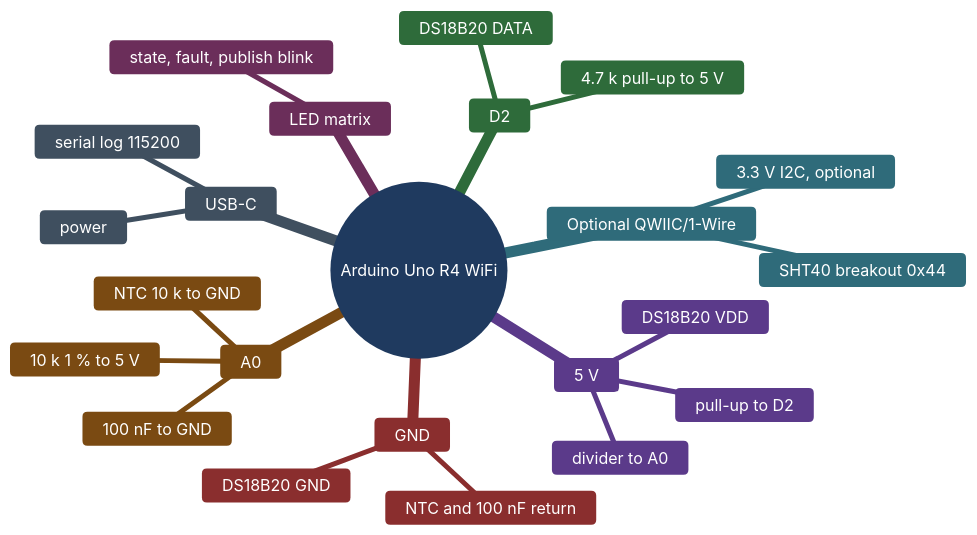
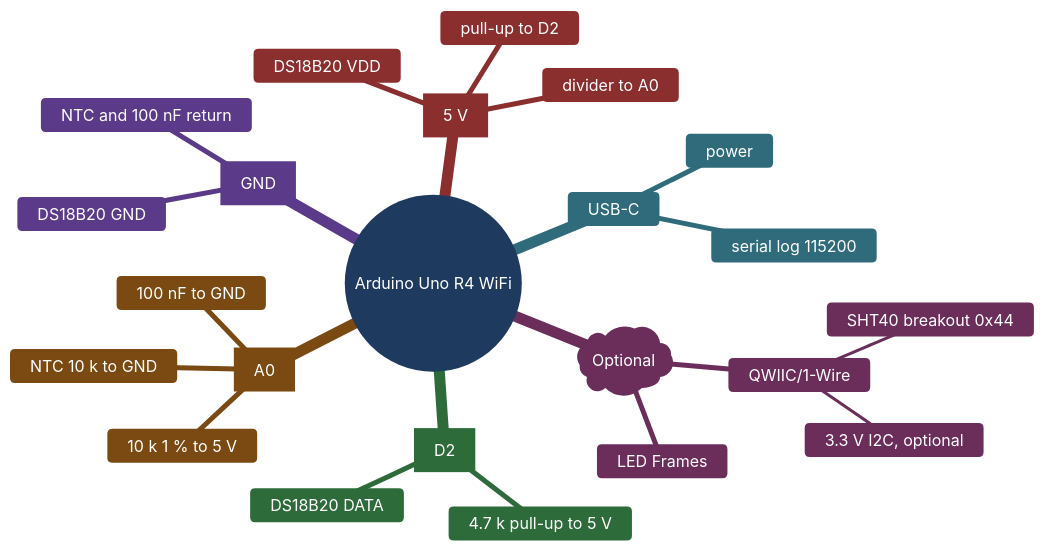
Before and after one commit to rt-rtos/IoT25S-Projekt1-G1: the diagram in README.md, drawn with Mermaid.

Commit message:
Update README.md
improved arduino diagram

````diff
--- a/README.md
+++ b/README.md
@@ -70,58 +70,64 @@
 ```mermaid
+---
+config:
+  layout: tidy-tree
+---
+
 %%{init: {'theme': 'base', 'themeVariables': {
   'primaryColor': '#1f3a5f',
   'primaryTextColor': '#ffffff',
   'primaryBorderColor': '#1f3a5f',
   'lineColor': '#7a8699',
   'git0': '#1f3a5f',
   'gitBranchLabel0': '#ffffff',
   'cScale0': '#1f4e79',
   'cScaleLabel0': '#ffffff',
   'cScale1': '#2e6b3a',
   'cScaleLabel1': '#ffffff',
   'cScale2': '#7a4a12',
   'cScaleLabel2': '#ffffff',
   'cScale3': '#5b3a8a',
   'cScaleLabel3': '#ffffff',
   'cScale4': '#8a2e2e',
   'cScaleLabel4': '#ffffff',
   'cScale5': '#2f6b7a',
   'cScaleLabel5': '#ffffff',
   'cScale6': '#6b2e5a',
   'cScaleLabel6': '#ffffff',
   'cScale7': '#3f4f5f',
   'cScaleLabel7': '#ffffff',
   'cScale8': '#4a5d23',
   'cScaleLabel8': '#ffffff',
   'cScale9': '#6b4a2e',
   'cScaleLabel9': '#ffffff',
   'cScale10': '#2e4a6b',
   'cScaleLabel10': '#ffffff',
   'cScale11': '#5f2e3f',
   'cScaleLabel11': '#ffffff'
 }}}%%
+
 mindmap
   root((Arduino Uno R4 WiFi))
-    D2
+    [D2]
       DS18B20 DATA
       4.7 k pull-up to 5 V
-    A0
+    [A0]
       10 k 1 % to 5 V
       NTC 10 k to GND
       100 nF to GND
-    5 V
+    [GND]
+      DS18B20 GND
+      NTC and 100 nF return
+    [5 V]
       DS18B20 VDD
       divider to A0
       pull-up to D2
-    GND
-      DS18B20 GND
-      NTC and 100 nF return
-    Optional QWIIC/1-Wire 
-      SHT40 breakout 0x44
-      3.3 V I2C, optional
-    LED matrix
-      state, fault, publish blink
     USB-C
       power
       serial log 115200
+    )Optional(
+      QWIIC/1-Wire
+        SHT40 breakout 0x44
+        3.3 V I2C, optional
+      LED Frames
 ```
````
